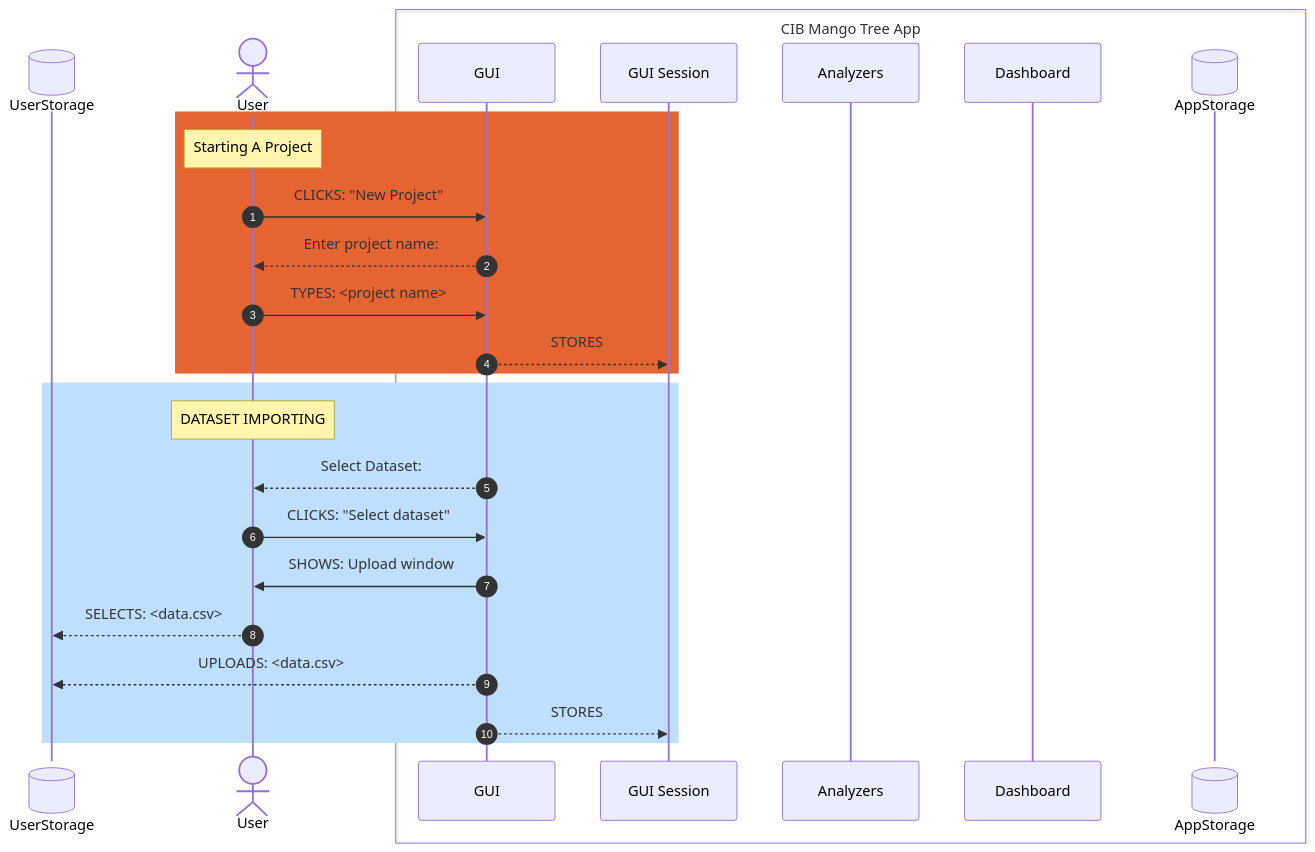
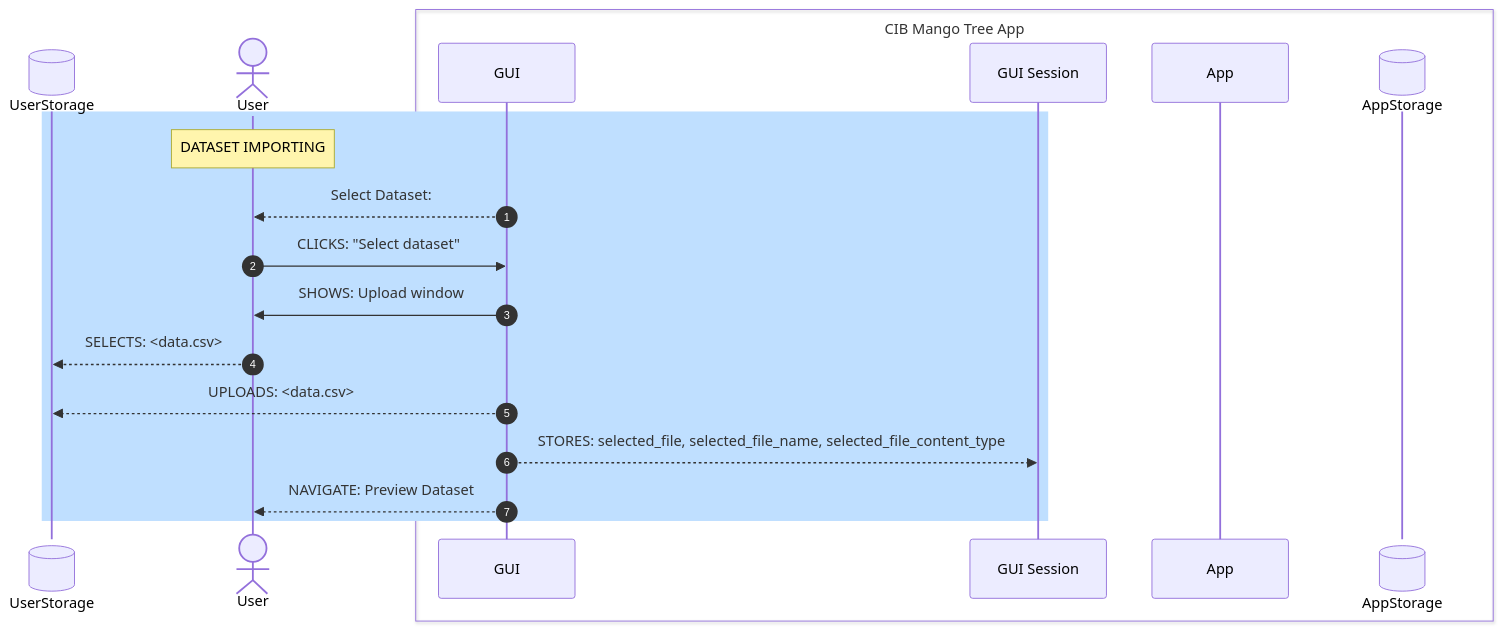
The third of 4 diagrams in gui/README.md (civictechdc/cib-mango-tree), drawn with Mermaid before and after one commit. The commit also changed other lines of this file, not shown here.

Commit message:
docs: update mermaid diagrams in gui/README.md

````diff
--- a/gui/README.md
+++ b/gui/README.md
@@ -84,46 +123,23 @@
 ```mermaid
-
 sequenceDiagram
-
     autonumber
-
     participant UserStorage@{ "type": "database" }
     actor User
     box CIB Mango Tree App
         participant GUI
         participant GUI Session
-        participant Analyzers
-        participant Dashboard
-        participant AppStorage@{ "type" : "database" }
+        participant App
+        participant AppStorage@{ "type": "database" }
     end
-
-    rect rgb(230, 100, 50)
-    note over User: Starting A Project
-    User->>GUI: CLICKS: "New Project"
-    
-    GUI-->>User: Enter project name:
-
-    User->>GUI: TYPES: <project name>
-
-    GUI-->>GUI Session: STORES
-    end
-
 
     rect rgb(191, 223, 255)
     note over User: DATASET IMPORTING
     GUI-->>User: Select Dataset:
-
     User->>GUI: CLICKS: "Select dataset"
-
     GUI->>User: SHOWS: Upload window
-
     User-->>UserStorage: SELECTS: <data.csv>
-
     GUI-->>UserStorage: UPLOADS: <data.csv>
-
-    GUI-->>GUI Session: STORES
-
-
+    GUI-->>GUI Session: STORES: selected_file, selected_file_name, selected_file_content_type
+    GUI-->>User: NAVIGATE: Preview Dataset
     end
-
 ```
````
